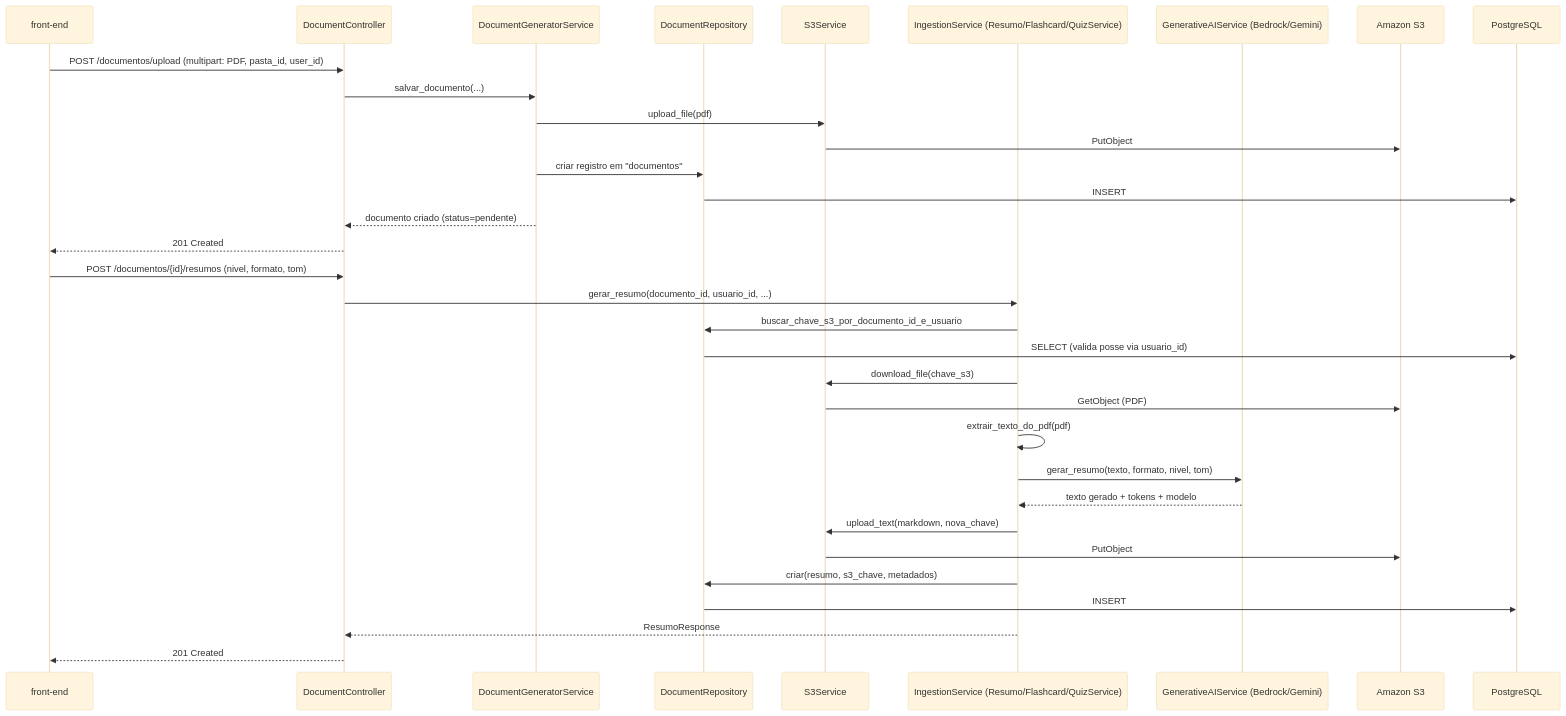
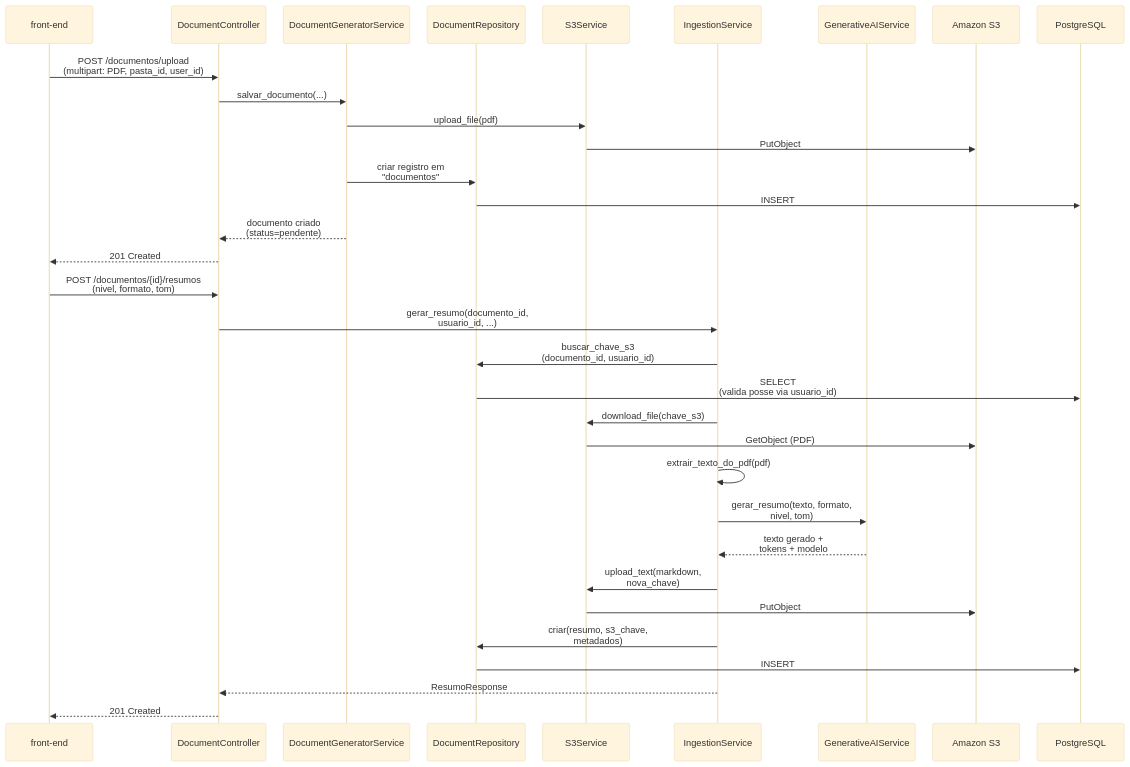
Before and after one commit to joaopedro-albuquerque/bright-edtech-backend: the second of 4 diagrams in .context/projeto-componentes-interacao-seguranca.md, drawn with Mermaid (base theme). The commit also changed other lines of this file, not shown here.

First line of the commit message:
docs: compacta diagramas de sequencia da secao 4.5 (espacamento e quebras de linha)

````diff
--- a/.context/projeto-componentes-interacao-seguranca.md
+++ b/.context/projeto-componentes-interacao-seguranca.md
@@ -112,37 +112,38 @@
 ```mermaid
+%%{init: {'sequence': {'actorMargin': 30, 'messageMargin': 20, 'boxMargin': 6, 'diagramMarginX': 10, 'diagramMarginY': 10}}}%%
 sequenceDiagram
     participant FE as front-end
     participant DC as DocumentController
     participant DGS as DocumentGeneratorService
     participant Repo as DocumentRepository
     participant S3S as S3Service
-    participant Ing as IngestionService (Resumo/Flashcard/QuizService)
-    participant IA as GenerativeAIService (Bedrock/Gemini)
+    participant Ing as IngestionService
+    participant IA as GenerativeAIService
     participant S3 as Amazon S3
     participant DB as PostgreSQL
 
-    FE->>DC: POST /documentos/upload (multipart: PDF, pasta_id, user_id)
+    FE->>DC: POST /documentos/upload<br/>(multipart: PDF, pasta_id, user_id)
     DC->>DGS: salvar_documento(...)
     DGS->>S3S: upload_file(pdf)
     S3S->>S3: PutObject
-    DGS->>Repo: criar registro em "documentos"
+    DGS->>Repo: criar registro em<br/>"documentos"
     Repo->>DB: INSERT
-    DGS-->>DC: documento criado (status=pendente)
+    DGS-->>DC: documento criado<br/>(status=pendente)
     DC-->>FE: 201 Created
 
-    FE->>DC: POST /documentos/{id}/resumos (nivel, formato, tom)
-    DC->>Ing: gerar_resumo(documento_id, usuario_id, ...)
-    Ing->>Repo: buscar_chave_s3_por_documento_id_e_usuario
-    Repo->>DB: SELECT (valida posse via usuario_id)
+    FE->>DC: POST /documentos/{id}/resumos<br/>(nivel, formato, tom)
+    DC->>Ing: gerar_resumo(documento_id,<br/>usuario_id, ...)
+    Ing->>Repo: buscar_chave_s3<br/>(documento_id, usuario_id)
+    Repo->>DB: SELECT<br/>(valida posse via usuario_id)
     Ing->>S3S: download_file(chave_s3)
     S3S->>S3: GetObject (PDF)
     Ing->>Ing: extrair_texto_do_pdf(pdf)
-    Ing->>IA: gerar_resumo(texto, formato, nivel, tom)
-    IA-->>Ing: texto gerado + tokens + modelo
-    Ing->>S3S: upload_text(markdown, nova_chave)
+    Ing->>IA: gerar_resumo(texto, formato,<br/>nivel, tom)
+    IA-->>Ing: texto gerado +<br/>tokens + modelo
+    Ing->>S3S: upload_text(markdown,<br/>nova_chave)
     S3S->>S3: PutObject
-    Ing->>Repo: criar(resumo, s3_chave, metadados)
+    Ing->>Repo: criar(resumo, s3_chave,<br/>metadados)
     Repo->>DB: INSERT
     Ing-->>DC: ResumoResponse
     DC-->>FE: 201 Created
 ```
````
